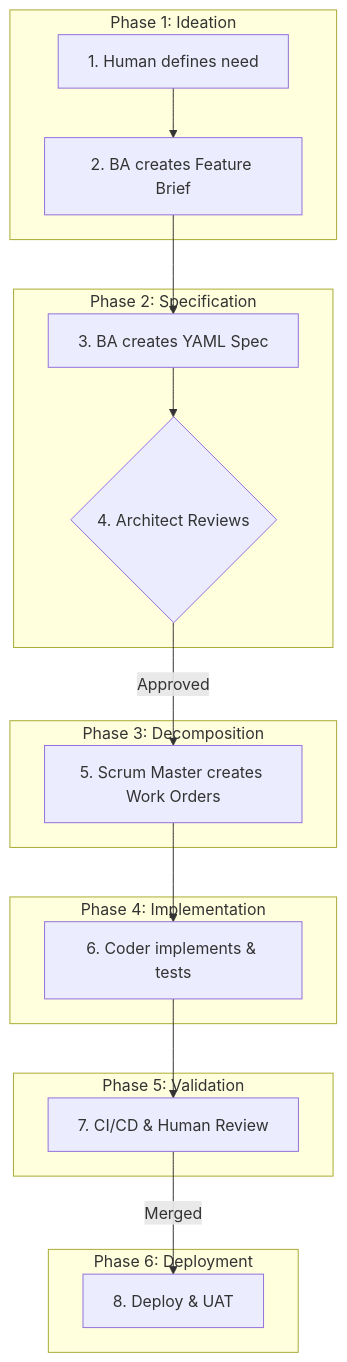
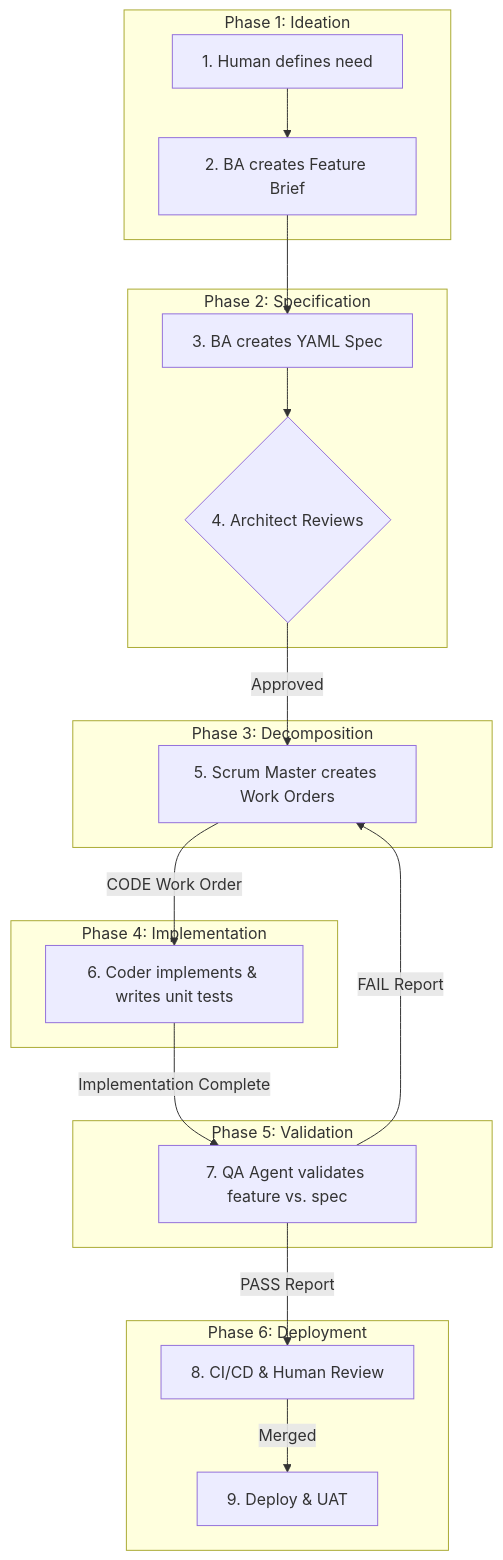
Before and after one commit to HealthRT/aos-architecture: the diagram in workflow/00_WORKFLOW_OVERVIEW.md, drawn with Mermaid. The commit also changed other lines of this file and 46 other files, not shown here.

````diff
--- a/workflow/00_WORKFLOW_OVERVIEW.md
+++ b/workflow/00_WORKFLOW_OVERVIEW.md
@@ -12,21 +12,24 @@
 ```mermaid
 graph TD
     subgraph "Phase 1: Ideation"
         A[1. Human defines need] --> B[2. BA creates Feature Brief];
     end
     subgraph "Phase 2: Specification"
         B --> C[3. BA creates YAML Spec] --> D{4. Architect Reviews};
     end
     subgraph "Phase 3: Decomposition"
         D -- Approved --> E[5. Scrum Master creates Work Orders];
     end
     subgraph "Phase 4: Implementation"
-        E --> F[6. Coder implements & tests];
+        E -- CODE Work Order --> F[6. Coder implements & writes unit tests];
     end
     subgraph "Phase 5: Validation"
-        F --> G[7. CI/CD & Human Review];
+        F -- Implementation Complete --> G[7. QA Agent validates feature vs. spec];
     end
     subgraph "Phase 6: Deployment"
-        G -- Merged --> H[8. Deploy & UAT];
+        G -- PASS Report --> H[8. CI/CD & Human Review] -- Merged --> I[9. Deploy & UAT];
     end
+
+    %% Bug Fix Loop
+    G -- FAIL Report --> E;
 ```
````
